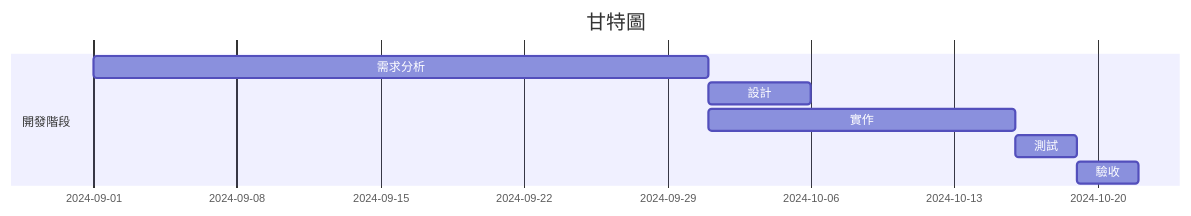
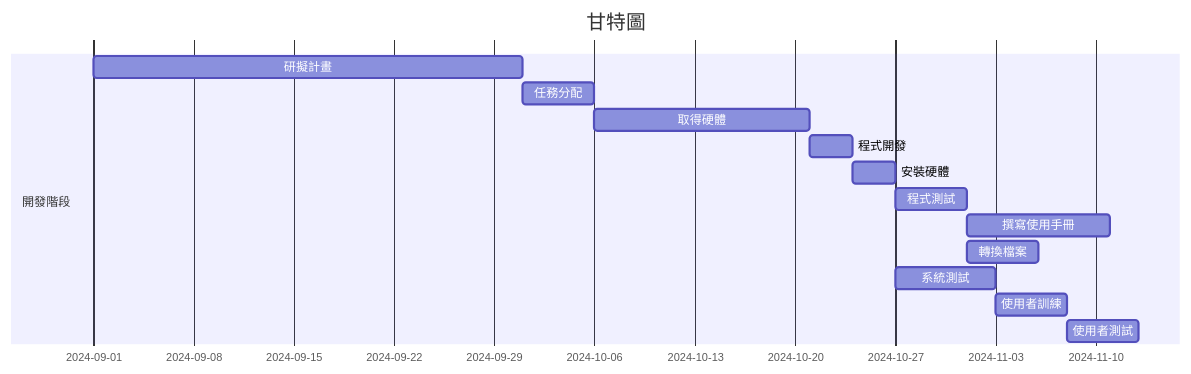
Before and after one commit to gino2066/-: the first of 2 diagrams in README.md, drawn with Mermaid.

````diff
--- a/README.md
+++ b/README.md
@@ -15,12 +15,19 @@
 ```mermaid
 gantt
     title 甘特圖
     dateFormat  YYYY-MM-DD
     section 開發階段
-    需求分析      :a1, 2024-09-01, 30d
-    設計          :after a1, 5d
-    實作          :after a1, 15d
-    測試          :after a3, 2024-10-16, 3d  
-    驗收          :after a4, 2024-10-19, 3d  
+    研擬計畫      :a1, 2024-09-01, 30d
+    任務分配          :a2, after a1, 5d
+    取得硬體          :a3, after a2, 15d
+    程式開發          :a4, after a3, 3d  
+    安裝硬體          :a5, after a4, 3d  
+    程式測試          :a6, after a5, 5d
+    撰寫使用手冊      :a7, after a6, 10d
+    轉換檔案          :a8, after a6, 5d
+    系統測試          :a9, after a5, 7d
+    使用者訓練        :a10, after a9, 5d
+    使用者測試        :a11, after a10, 5d
+
 
 ```
````
